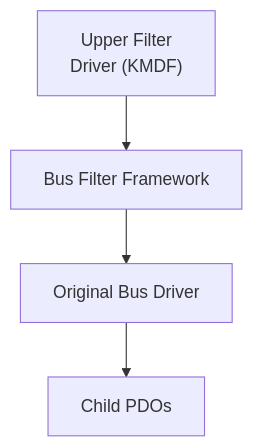
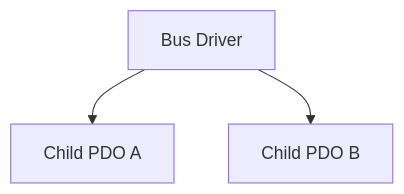
Before and after one commit to abysdom/bus-filter-framework: the second of 22 diagrams in README.md, drawn with Mermaid. The commit also changed other lines of this file, not shown here.

````diff
--- a/README.md
+++ b/README.md
@@ -51,9 +121,10 @@
 ```mermaid
 flowchart TD
-    UFD["Upper Filter\nDriver (KMDF)"]
-    BFF["Bus Filter Framework"]
-    OBD["Original Bus Driver"]
-    CPDO["Child PDOs"]
+    BUS["Bus Driver"]
 
-    UFD --> BFF --> OBD --> CPDO
+    A["Child PDO A"]
+    B["Child PDO B"]
+
+    BUS --> A
+    BUS --> B
 ```
````
